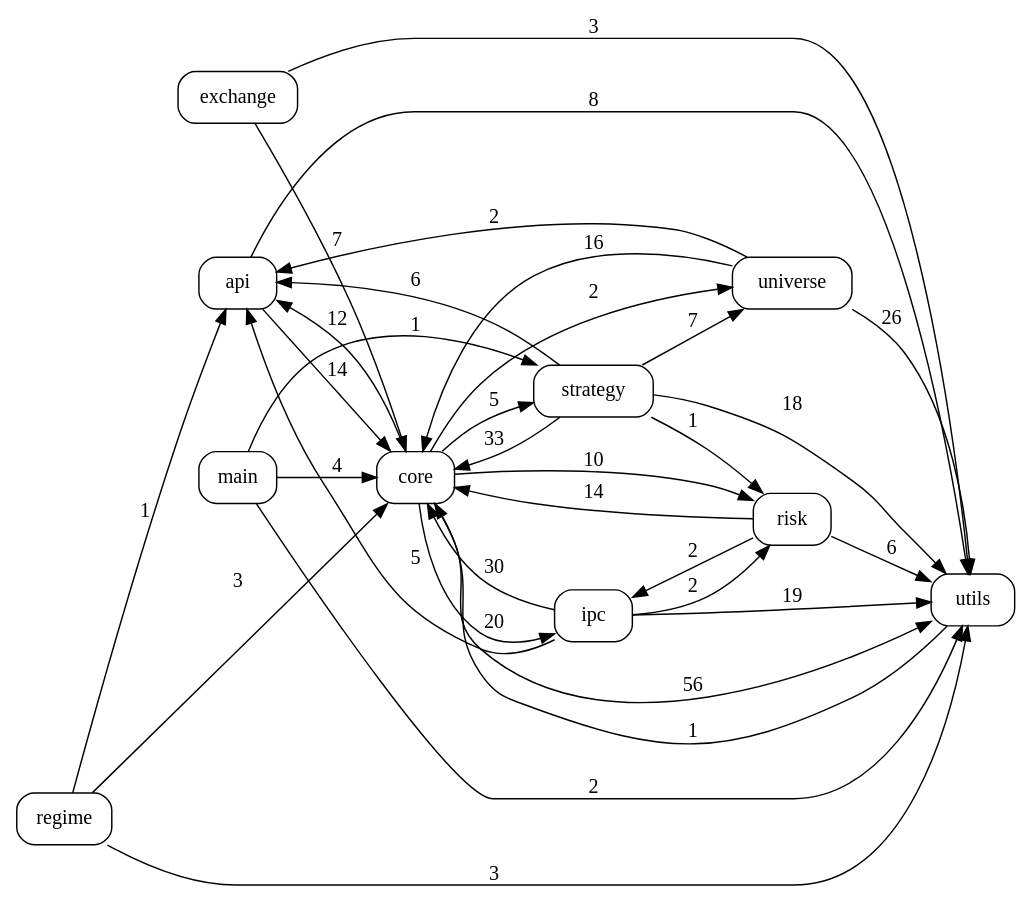
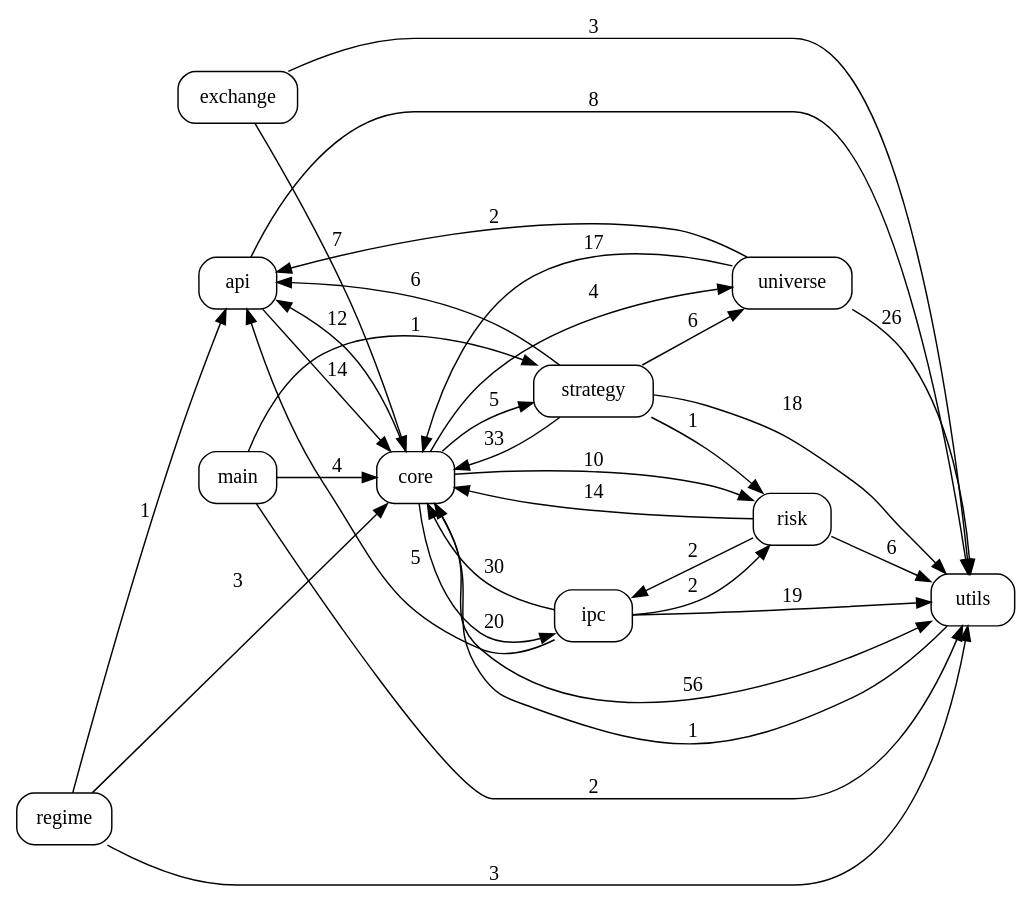
Before and after one commit to pypy8171/Quant: the diagram in docs/code_graph.dot, drawn with Graphviz. The commit also changed 316 other files, not shown here.

```diff
--- a/docs/code_graph.dot
+++ b/docs/code_graph.dot
@@ -1,46 +1,46 @@
 digraph code_graph {
   rankdir=LR;
   node [shape=box, style=rounded, fontname="Consolas"];
   "api";
   "core";
   "exchange";
   "ipc";
   "main";
   "regime";
   "risk";
   "strategy";
   "universe";
   "utils";
   "api" -> "core" [label="14"];
   "api" -> "utils" [label="8"];
   "core" -> "api" [label="12"];
   "core" -> "ipc" [label="20"];
   "core" -> "risk" [label="10"];
   "core" -> "strategy" [label="5"];
-  "core" -> "universe" [label="2"];
+  "core" -> "universe" [label="4"];
   "core" -> "utils" [label="56"];
   "exchange" -> "core" [label="7"];
   "exchange" -> "utils" [label="3"];
   "ipc" -> "api" [label="5"];
   "ipc" -> "core" [label="30"];
   "ipc" -> "risk" [label="2"];
   "ipc" -> "utils" [label="19"];
   "main" -> "core" [label="4"];
   "main" -> "strategy" [label="1"];
   "main" -> "utils" [label="2"];
   "regime" -> "api" [label="1"];
   "regime" -> "core" [label="3"];
   "regime" -> "utils" [label="3"];
   "risk" -> "core" [label="14"];
   "risk" -> "ipc" [label="2"];
   "risk" -> "utils" [label="6"];
   "strategy" -> "api" [label="6"];
   "strategy" -> "core" [label="33"];
   "strategy" -> "risk" [label="1"];
-  "strategy" -> "universe" [label="7"];
+  "strategy" -> "universe" [label="6"];
   "strategy" -> "utils" [label="18"];
   "universe" -> "api" [label="2"];
-  "universe" -> "core" [label="16"];
+  "universe" -> "core" [label="17"];
   "universe" -> "utils" [label="26"];
   "utils" -> "core" [label="1"];
 }
```
